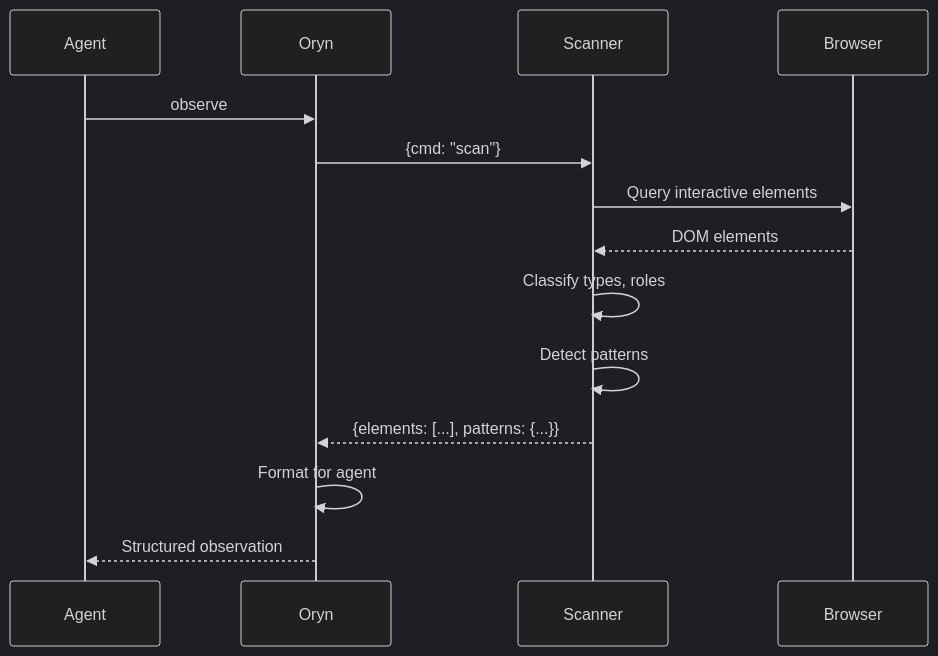
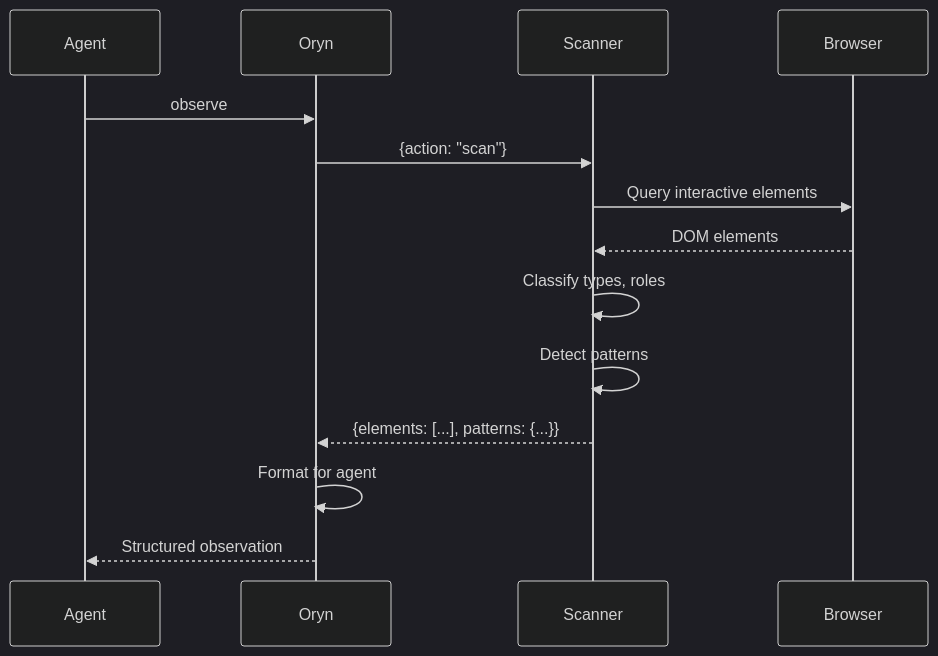
The third of 3 diagrams in website/docs/concepts/architecture.md (rustic-ai/oryn), drawn with Mermaid (dark theme) before and after one commit. The commit also changed other lines of this file and 33 other files, not shown here.

````diff
--- a/website/docs/concepts/architecture.md
+++ b/website/docs/concepts/architecture.md
@@ -178,17 +179,17 @@
 ```mermaid
 sequenceDiagram
     participant Agent
     participant Oryn
     participant Scanner
     participant Browser
 
     Agent->>Oryn: observe
-    Oryn->>Scanner: {cmd: "scan"}
+    Oryn->>Scanner: {action: "scan"}
     Scanner->>Browser: Query interactive elements
     Browser-->>Scanner: DOM elements
     Scanner->>Scanner: Classify types, roles
     Scanner->>Scanner: Detect patterns
     Scanner-->>Oryn: {elements: [...], patterns: {...}}
     Oryn->>Oryn: Format for agent
     Oryn-->>Agent: Structured observation
 ```
````
